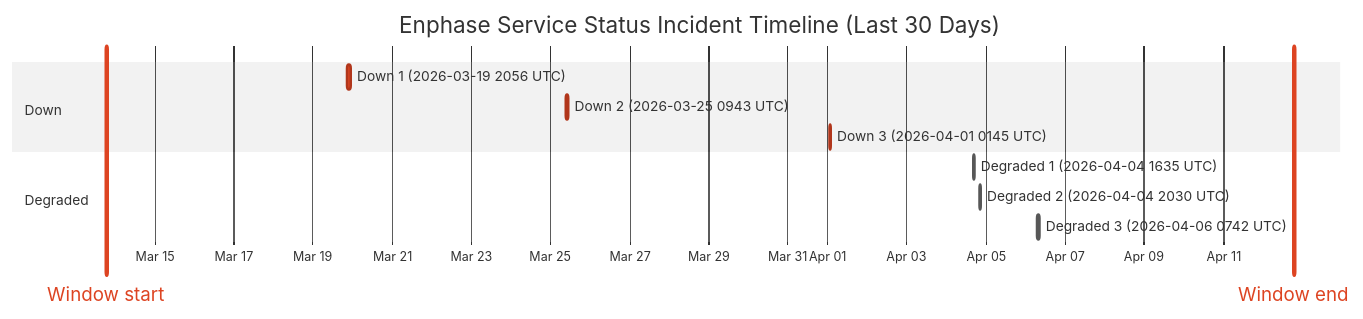
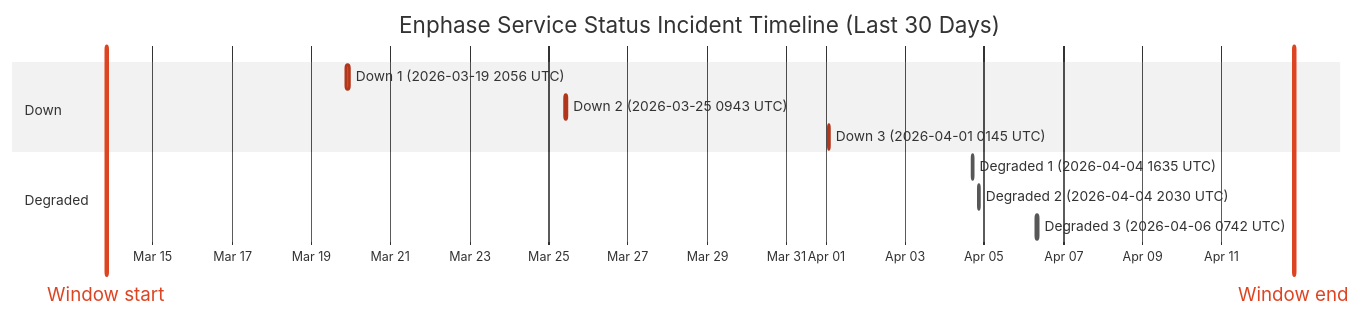
One commit to barneyonline/ha-enphase-ev-charger changed the diagram in wiki/Service-Status-History.md. Above: the diagram before and after it, drawn with Mermaid (neutral theme). The commit also changed other lines of this file and 3 other files, not shown here.

````diff
--- a/wiki/Service-Status-History.md
+++ b/wiki/Service-Status-History.md
@@ -14,16 +14,16 @@
 ```mermaid
 gantt
     title Enphase Service Status Incident Timeline (Last 30 Days)
     dateFormat  YYYY-MM-DDTHH:mm:ss
     axisFormat  %b %d
-    Window start :vert, window-start, 2026-03-13T18:48:47, 0ms
-    Window end :vert, window-end, 2026-04-12T18:48:47, 0ms
+    Window start :vert, window-start, 2026-03-13T19:38:43, 0ms
+    Window end :vert, window-end, 2026-04-12T19:38:43, 0ms
     section Down
     Down 1 (2026-03-19 2056 UTC) :crit, down-1, 2026-03-19T20:56:20, 145m
     Down 2 (2026-03-25 0943 UTC) :crit, down-2, 2026-03-25T09:43:28, 111m
     Down 3 (2026-04-01 0145 UTC) :crit, down-3, 2026-04-01T01:45:09, 60m
     section Degraded
     Degraded 1 (2026-04-04 1635 UTC) :active, degraded-1, 2026-04-04T16:35:17, 60m
     Degraded 2 (2026-04-04 2030 UTC) :active, degraded-2, 2026-04-04T20:30:40, 60m
     Degraded 3 (2026-04-06 0742 UTC) :active, degraded-3, 2026-04-06T07:42:09, 85m
 ```
````
